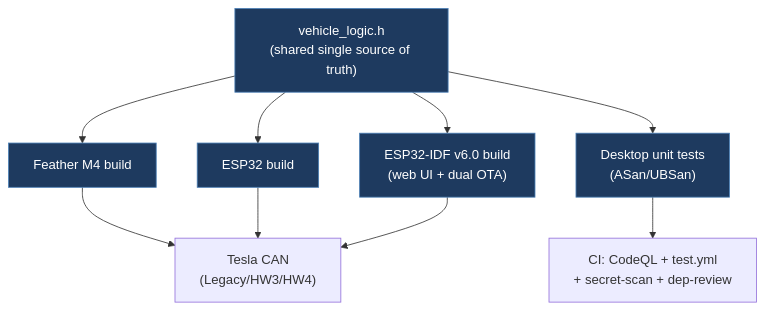
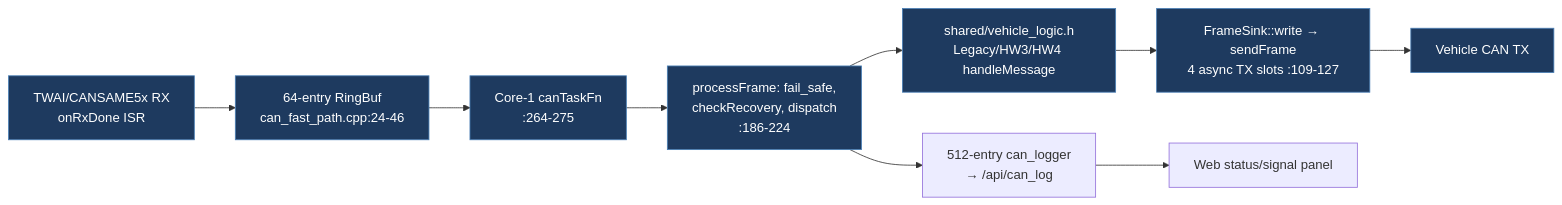
The first of 6 diagrams in docs/legacy/Shayennn-FUCKYOU-TESLA-FSD.md (babico/TeslaCANModder), drawn with Mermaid before and after one commit. The commit also changed other lines of this file and 99 other files, not shown here.

````diff
--- a/docs/legacy/Shayennn-FUCKYOU-TESLA-FSD.md
+++ b/docs/legacy/Shayennn-FUCKYOU-TESLA-FSD.md
@@ -13,11 +63,13 @@
 ```mermaid
-flowchart TB
-    Logic["vehicle_logic.h<br/>(shared single source of truth)"] --> Feather["Feather M4 build"]
-    Logic --> ESP["ESP32 build"]
-    Logic --> IDF["ESP32-IDF v6.0 build<br/>(web UI + dual OTA)"]
-    Logic --> Test["Desktop unit tests<br/>(ASan/UBSan)"]
-    Feather & ESP & IDF --> Car["Tesla CAN<br/>(Legacy/HW3/HW4)"]
-    Test --> CI["CI: CodeQL + test.yml<br/>+ secret-scan + dep-review"]
-    classDef path fill:#1e3a5f,stroke:#4a7fb5,color:#fff
-    class Logic,Feather,ESP,IDF,Test path
+flowchart LR
+    RX["TWAI/CANSAME5x RX<br/>onRxDone ISR"] --> Ring["64-entry RingBuf<br/>can_fast_path.cpp:24-46"]
+    Ring --> Task["Core-1 canTaskFn<br/>:264-275"]
+    Task --> Gate["processFrame: fail_safe,<br/>checkRecovery, dispatch<br/>:186-224"]
+    Gate --> Mutate["shared/vehicle_logic.h<br/>Legacy/HW3/HW4 handleMessage"]
+    Mutate --> Sink["FrameSink::write → sendFrame<br/>4 async TX slots :109-127"]
+    Sink --> TX["Vehicle CAN TX"]
+    Gate --> Log["512-entry can_logger<br/>→ /api/can_log"]
+    Log --> UI["Web status/signal panel"]
+    classDef hot fill:#1e3a5f,stroke:#4a7fb5,color:#fff
+    class RX,Ring,Task,Gate,Mutate,Sink,TX hot
 ```
````
